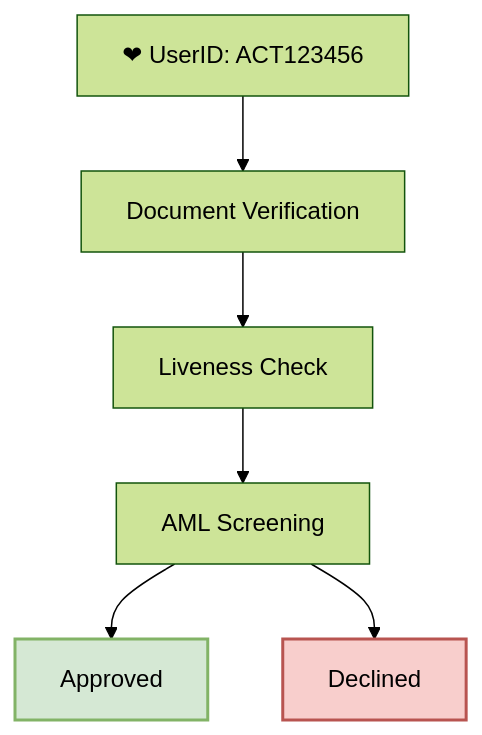
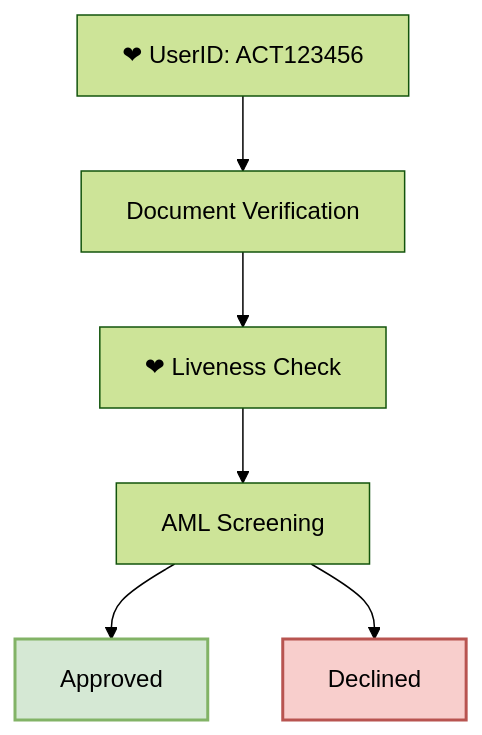
The diagram in id/id.mdx (Fantastic-Devs/Mintlify), drawn with Mermaid (forest theme) before and after one commit.

````diff
--- a/id/id.mdx
+++ b/id/id.mdx
@@ -17,18 +17,18 @@
 ```mermaid
 
 graph TB;
     A["❤  UserID: ACT123456"];
     B["Document Verification"];
-    C["Liveness Check"];
+    C["❤ Liveness Check"];
     D["AML Screening"];
     E["Approved"];
     F["Declined"];
     A--> B;
     B--> C;
     C--> D;
     D--> E & F;
 
 style E fill:#d5e8d4,stroke:#82b366,stroke-width:2px
 style F fill:#f8cecc,stroke:#b85450,stroke-width:2px
 
 ```
````
